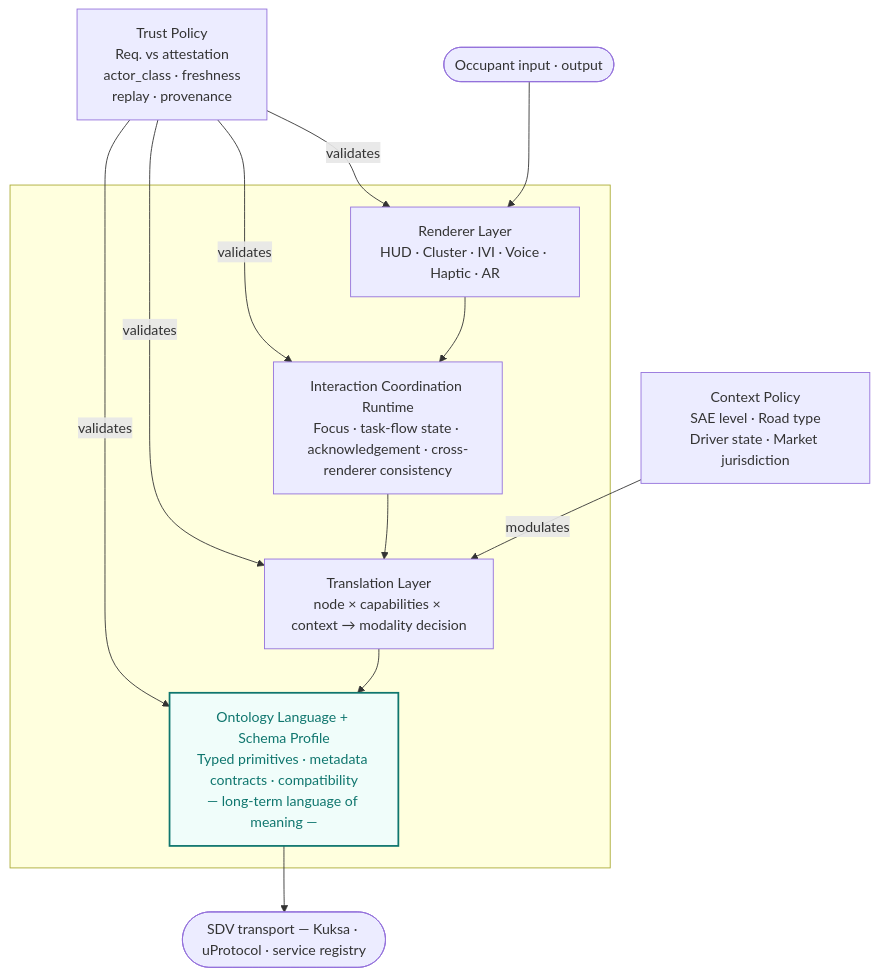
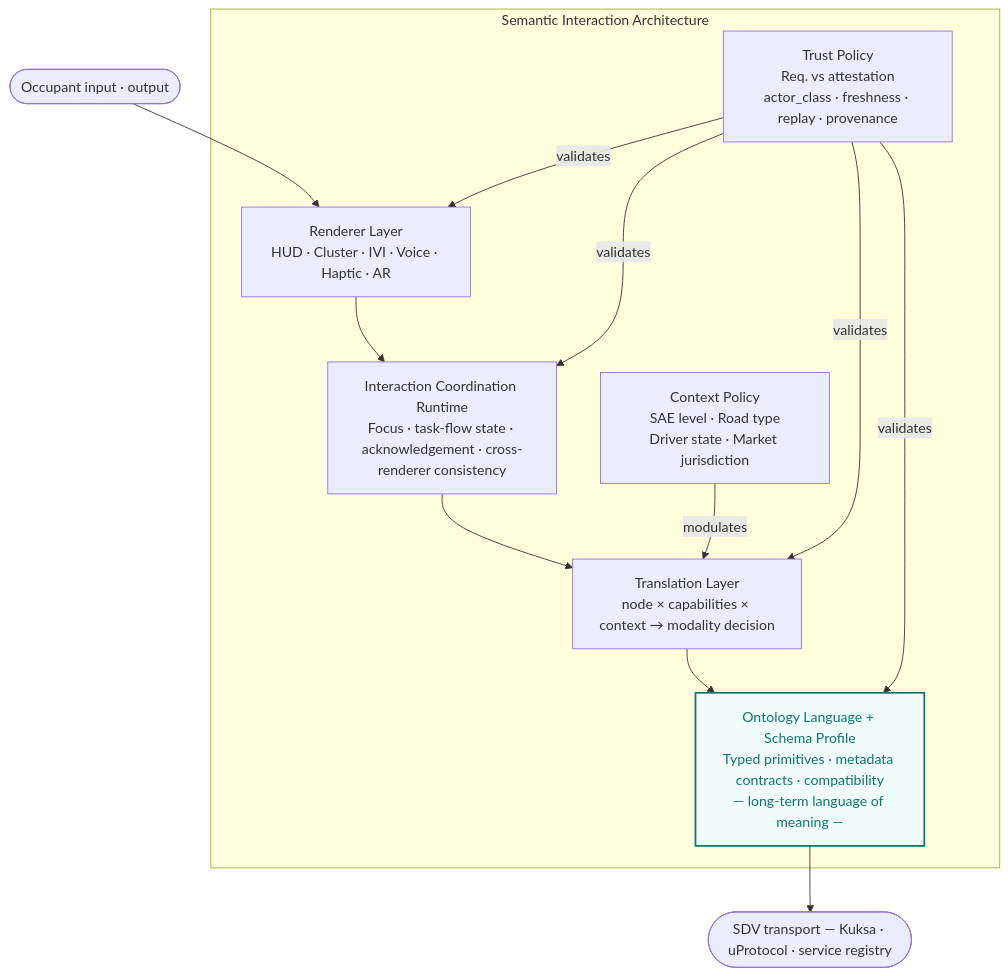
One commit to yaneczech/SIA changed the second of 3 diagrams in 01_Semantic-Interaction-Architecture-sdv.md. Above: the diagram before and after it, drawn with Mermaid. The commit also changed other lines of this file and 2 other files, not shown here.

Commit message:
Fix SIA boundary and unify diagram captions across all files
Mediation architecture (Fig 2 / WiP Fig 1): move Trust Policy and
Context Policy inside the SIA subgraph; rename STACK to SIA so the
boundary is visually explicit. Unify captions to "Trust Policy and
Context Policy are cross-cutting functions within SIA".

Node taxonomy (WiP Fig 2): align caption with main paper — add
"Node taxonomy." prefix and subclass constraint.

Sequence diagram (WiP Fig 3 / Appendix A.1): add missing
Runtime→Trust close-loop step; fix alt/else labels to
"trust verification fails/passes"; extend caption with
"Renderer dispatch is multicast; acknowledgement tracked by Runtime."

````diff
--- a/01_Semantic-Interaction-Architecture-sdv.md
+++ b/01_Semantic-Interaction-Architecture-sdv.md
@@ -90,28 +90,27 @@
 ```mermaid
 graph TB
     EXT1(["Occupant input · output"])
+    EXT2(["SDV transport — Kuksa · uProtocol · service registry"])
 
-    subgraph STACK [" "]
+    subgraph SIA ["Semantic Interaction Architecture"]
+        TL["Trust Policy\nReq. vs attestation\nactor_class · freshness · replay · provenance"]
+        CE["Context Policy\nSAE level · Road type\nDriver state · Market jurisdiction"]
         R["Renderer Layer\nHUD · Cluster · IVI · Voice · Haptic · AR"]
         RT["Interaction Coordination Runtime\nFocus · task-flow state · acknowledgement · cross-renderer consistency"]
         T["Translation Layer\nnode × capabilities × context → modality decision"]
         O["Ontology Language + Schema Profile\nTyped primitives · metadata contracts · compatibility\n— long-term language of meaning —"]
     end
-
-    CE["Context Policy\nSAE level · Road type\nDriver state · Market jurisdiction"]
-    TL["Trust Policy\nReq. vs attestation\nactor_class · freshness\nreplay · provenance"]
-    EXT2(["SDV transport — Kuksa · uProtocol · service registry"])
 
     EXT1 --> R
     R --> RT
     RT --> T
     T --> O
     O --> EXT2
     CE -->|"modulates"| T
     TL -->|"validates"| R
     TL -->|"validates"| RT
     TL -->|"validates"| T
     TL -->|"validates"| O
 
     style O fill:#f0fdfa,stroke:#0f766e,stroke-width:2px,color:#0f766e
 ```
````
